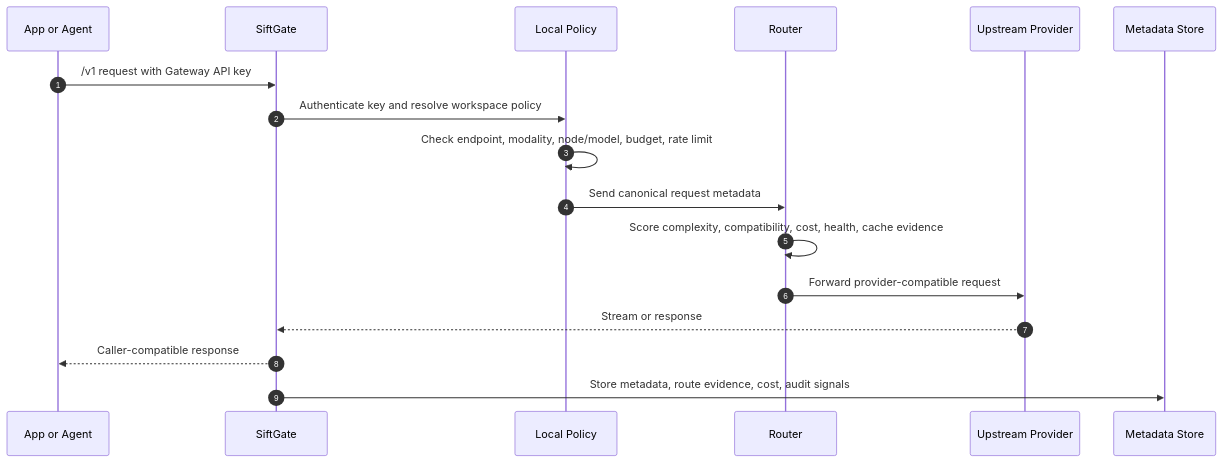
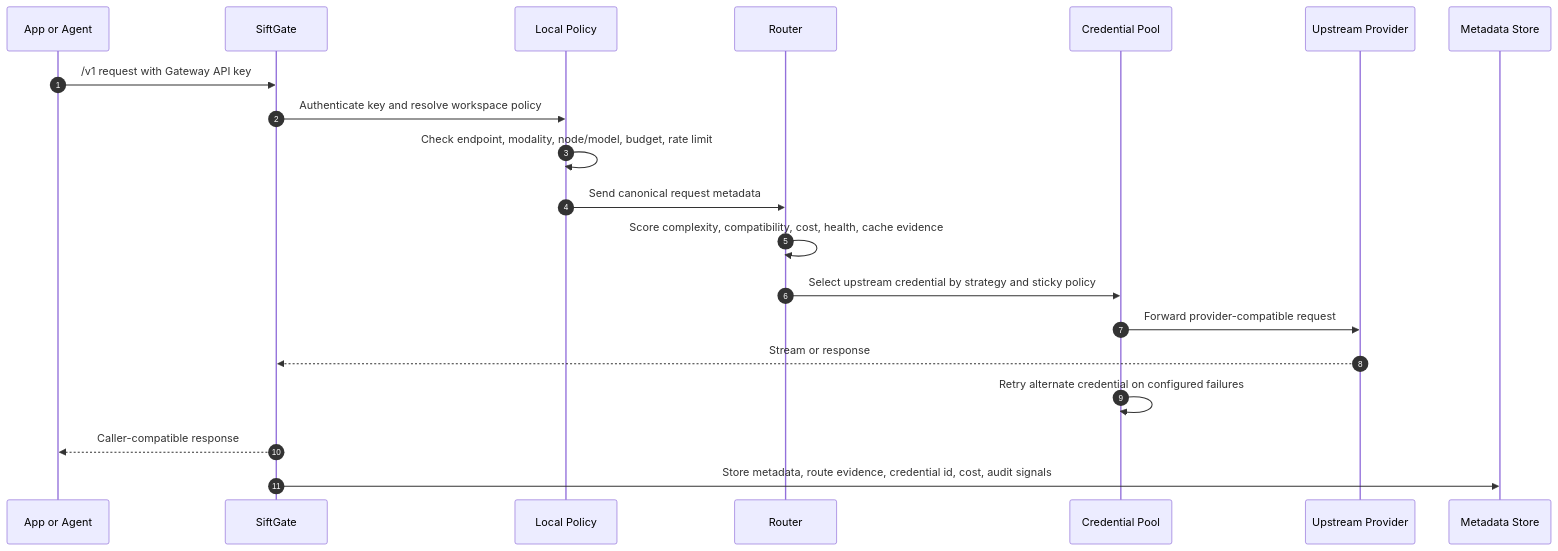
One commit to seanbabalala/ai-gateway changed the second of 2 diagrams in README.md. Above: the diagram before and after it, drawn with Mermaid. The commit also changed other lines of this file and 2 other files, not shown here.

Commit message:
docs: highlight provider credential pools

````diff
--- a/README.md
+++ b/README.md
@@ -262,20 +281,23 @@
 ```mermaid
 sequenceDiagram
   autonumber
   participant Client as App or Agent
   participant SG as SiftGate
   participant Policy as Local Policy
   participant Router as Router
+  participant Creds as Credential Pool
   participant Provider as Upstream Provider
   participant Logs as Metadata Store
 
   Client->>SG: /v1 request with Gateway API key
   SG->>Policy: Authenticate key and resolve workspace policy
   Policy->>Policy: Check endpoint, modality, node/model, budget, rate limit
   Policy->>Router: Send canonical request metadata
   Router->>Router: Score complexity, compatibility, cost, health, cache evidence
-  Router->>Provider: Forward provider-compatible request
+  Router->>Creds: Select upstream credential by strategy and sticky policy
+  Creds->>Provider: Forward provider-compatible request
   Provider-->>SG: Stream or response
+  Creds->>Creds: Retry alternate credential on configured failures
   SG-->>Client: Caller-compatible response
-  SG->>Logs: Store metadata, route evidence, cost, audit signals
+  SG->>Logs: Store metadata, route evidence, credential id, cost, audit signals
 ```
````
